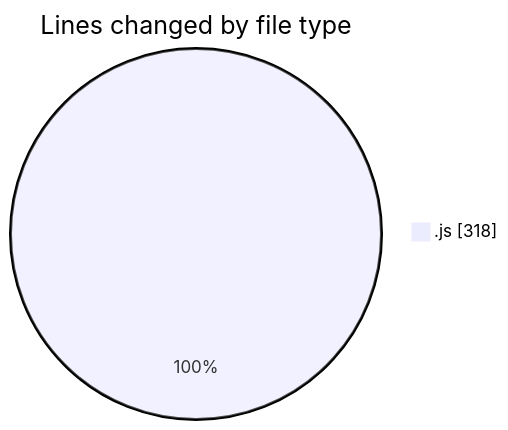
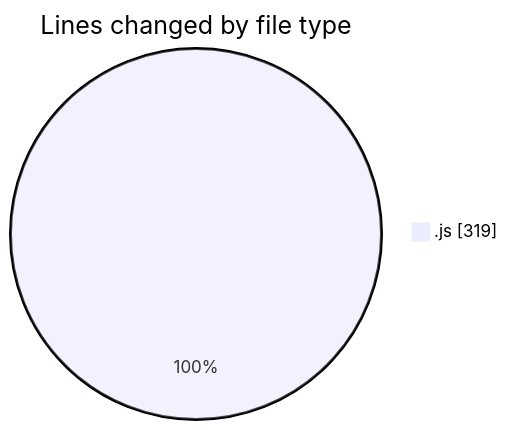
Before and after one commit to momahboobian/code-tracking: the first of 2 diagrams in 2025-02-03/cda/README.md, drawn with Mermaid. The commit also changed other lines of this file and 1 other file, not shown here.

````diff
--- a/2025-02-03/cda/README.md
+++ b/2025-02-03/cda/README.md
@@ -22,5 +22,5 @@
 ```mermaid
 pie showData
 title Lines changed by file type
-".js" : 318
+".js" : 319
 ```
````
